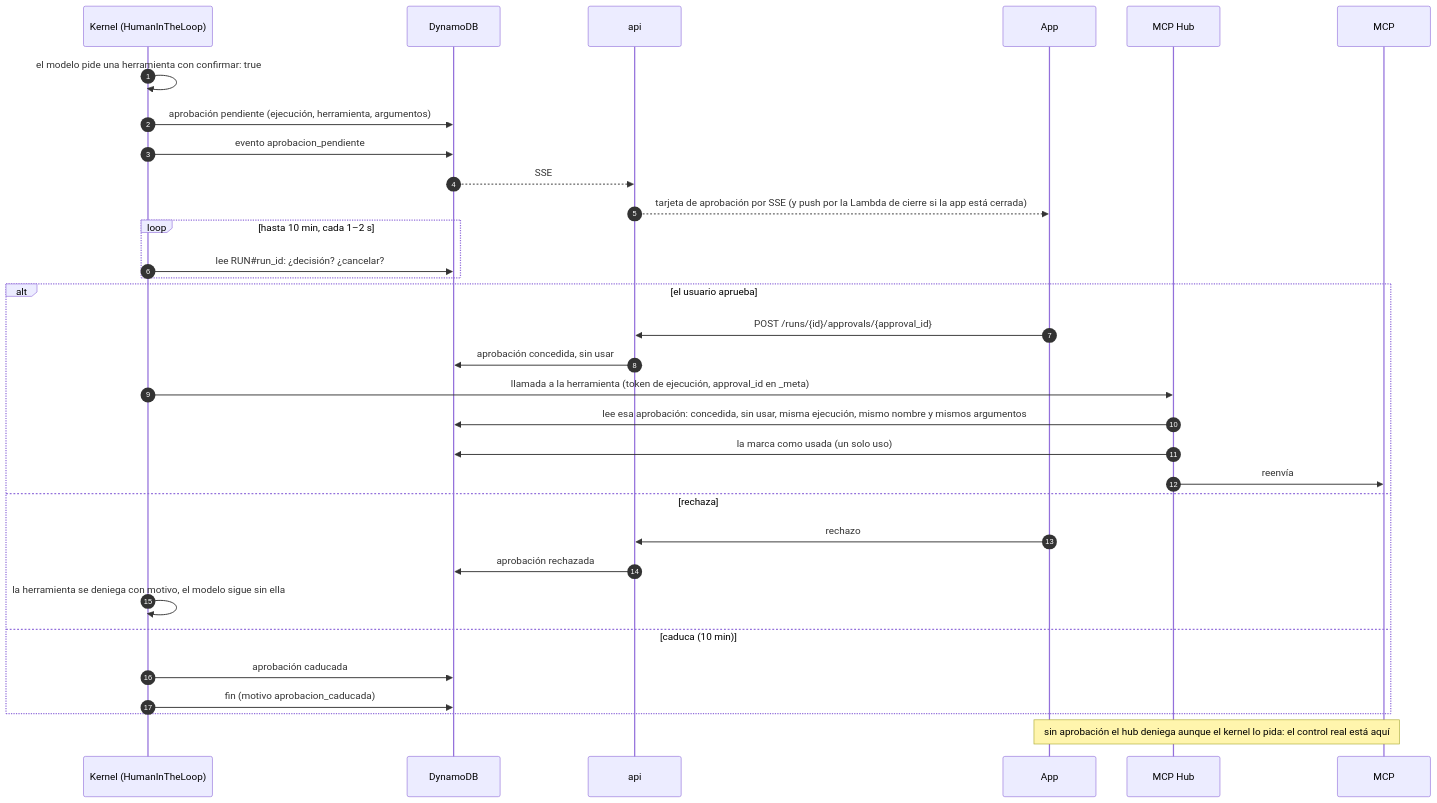
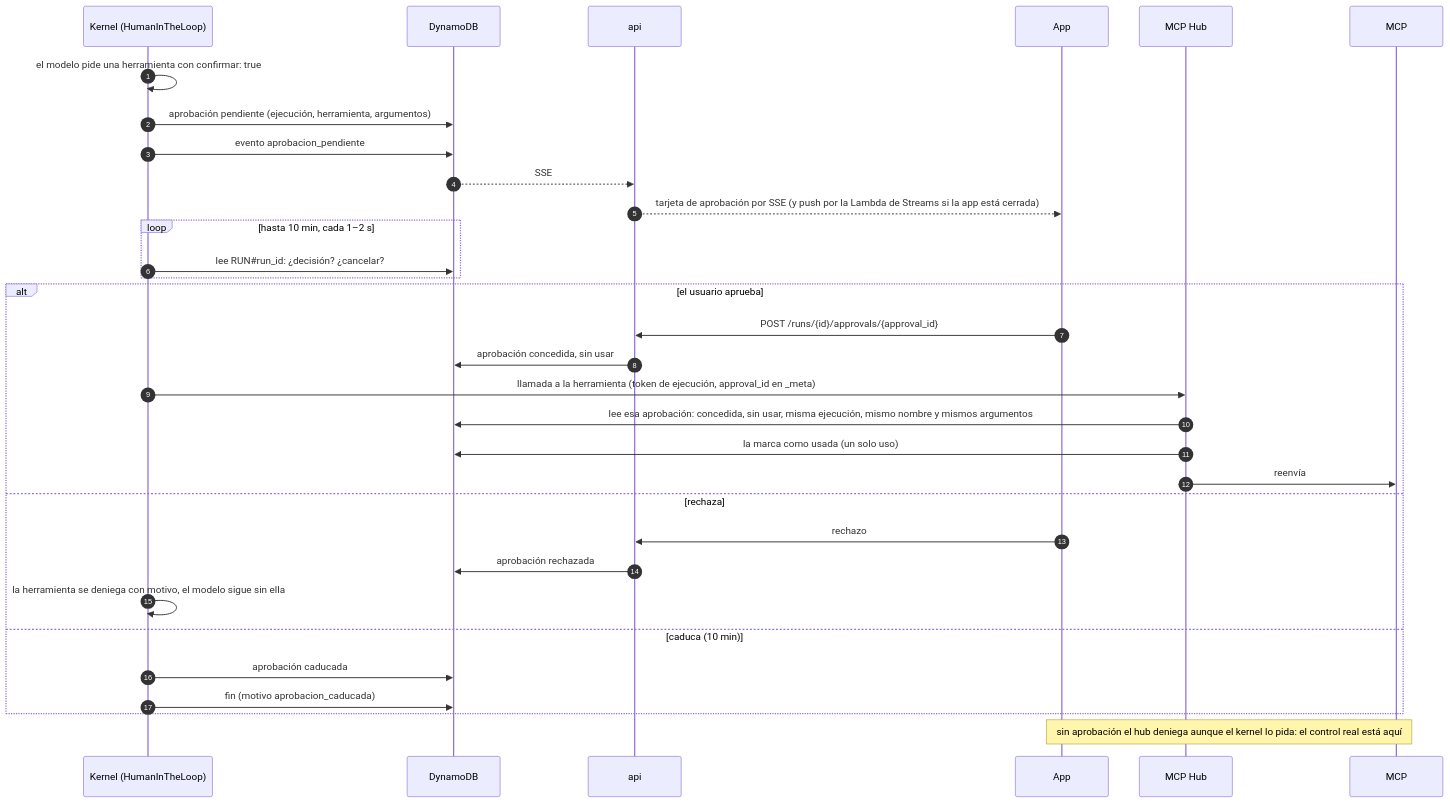
The fifth of 7 diagrams in docs/arquitectura-agentes.md (ikermendi/sample-agent-platform-with-agentcore), drawn with Mermaid before and after one commit. The commit also changed other lines of this file and 1 other file, not shown here.

First line of the commit message:
docs: fundir contadores y cierre en una Lambda de Streams, cerrar() compartido, autorizador reducido

````diff
--- a/docs/arquitectura-agentes.md
+++ b/docs/arquitectura-agentes.md
@@ -735,35 +740,35 @@
 ```mermaid
 sequenceDiagram
   autonumber
   participant K as Kernel (HumanInTheLoop)
   participant D as DynamoDB
   participant API as api
   participant App as App
   participant H as MCP Hub
   participant M as MCP
 
   K->>K: el modelo pide una herramienta con confirmar: true
   K->>D: aprobación pendiente (ejecución, herramienta, argumentos)
   K->>D: evento aprobacion_pendiente
   D-->>API: SSE
-  API-->>App: tarjeta de aprobación por SSE (y push por la Lambda de cierre si la app está cerrada)
+  API-->>App: tarjeta de aprobación por SSE (y push por la Lambda de Streams si la app está cerrada)
   loop hasta 10 min, cada 1–2 s
     K->>D: lee RUN#35;run_id: ¿decisión? ¿cancelar?
   end
   alt el usuario aprueba
     App->>API: POST /runs/{id}/approvals/{approval_id}
     API->>D: aprobación concedida, sin usar
     K->>H: llamada a la herramienta (token de ejecución, approval_id en _meta)
     H->>D: lee esa aprobación: concedida, sin usar, misma ejecución, mismo nombre y mismos argumentos
     H->>D: la marca como usada (un solo uso)
     H->>M: reenvía
   else rechaza
     App->>API: rechazo
     API->>D: aprobación rechazada
     K->>K: la herramienta se deniega con motivo, el modelo sigue sin ella
   else caduca (10 min)
     K->>D: aprobación caducada
     K->>D: fin (motivo aprobacion_caducada)
   end
   Note over App,M: sin aprobación el hub deniega aunque el kernel lo pida: el control real está aquí
 ```
````
